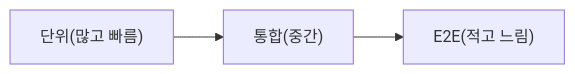
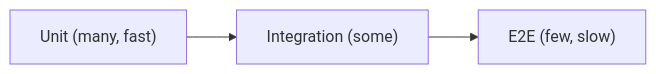
The diagram in content/software-engineering-101/ko/05-testing-strategy.md (yeongseon-books/book-content), drawn with Mermaid before and after one commit. The commit also changed other lines of this file and 9 other files, not shown here.

````diff
--- a/content/software-engineering-101/ko/05-testing-strategy.md
+++ b/content/software-engineering-101/ko/05-testing-strategy.md
@@ -36,5 +50,5 @@
 ```mermaid
 flowchart LR
-    U["단위(많고 빠름)"] --> I["통합(중간)"]
-    I --> E["E2E(적고 느림)"]
+    U["Unit (many, fast)"] --> I["Integration (some)"]
+    I --> E["E2E (few, slow)"]
 ```
````
